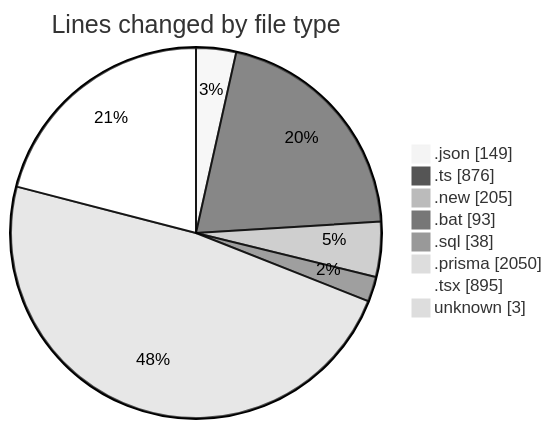
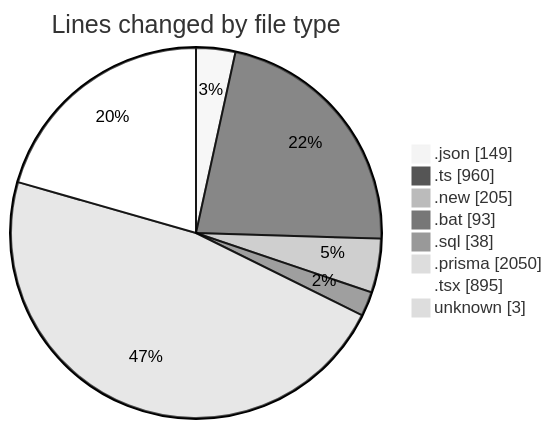
Before and after one commit to CELIANVF/code-tracking: the first of 2 diagrams in 2025-05-20/ecodeli-1/README.md, drawn with Mermaid (neutral theme). The commit also changed other lines of this file and 1 other file, not shown here.

````diff
--- a/2025-05-20/ecodeli-1/README.md
+++ b/2025-05-20/ecodeli-1/README.md
@@ -39,12 +39,12 @@
 ```mermaid
 pie showData
 title Lines changed by file type
 ".json" : 149
-".ts" : 876
+".ts" : 960
 ".new" : 205
 ".bat" : 93
 ".sql" : 38
 ".prisma" : 2050
 ".tsx" : 895
 "unknown" : 3
 ```
````
